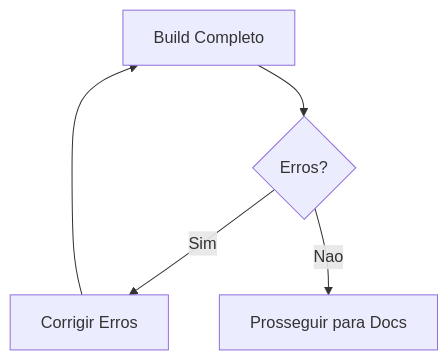
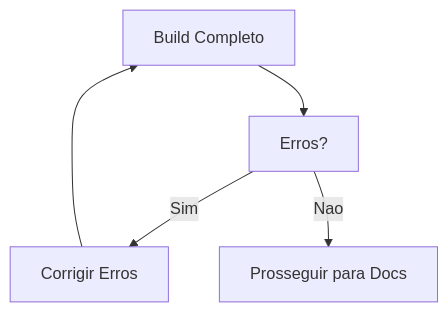
One commit to bychrisr/aios-docs changed the fifth of 7 diagrams in content/en/docs/guides/workflows/DESIGN-SYSTEM-BUILD-QUALITY-WORKFLOW.mdx. Above: the diagram before and after it, drawn with Mermaid. The commit also changed other lines of this file and 40 other files, not shown here.

````diff
--- a/content/en/docs/guides/workflows/DESIGN-SYSTEM-BUILD-QUALITY-WORKFLOW.mdx
+++ b/content/en/docs/guides/workflows/DESIGN-SYSTEM-BUILD-QUALITY-WORKFLOW.mdx
@@ -543,7 +543,7 @@
 ```mermaid
 graph TD
-    BUILD[Build Completo] --> CHECK{Erros?}
+    BUILD[Build Completo] --> CHECK[Erros?]
     CHECK -->|Sim| FIX[Corrigir Erros]
     CHECK -->|Nao| PROCEED[Prosseguir para Docs]
     FIX --> BUILD
 ```
````
